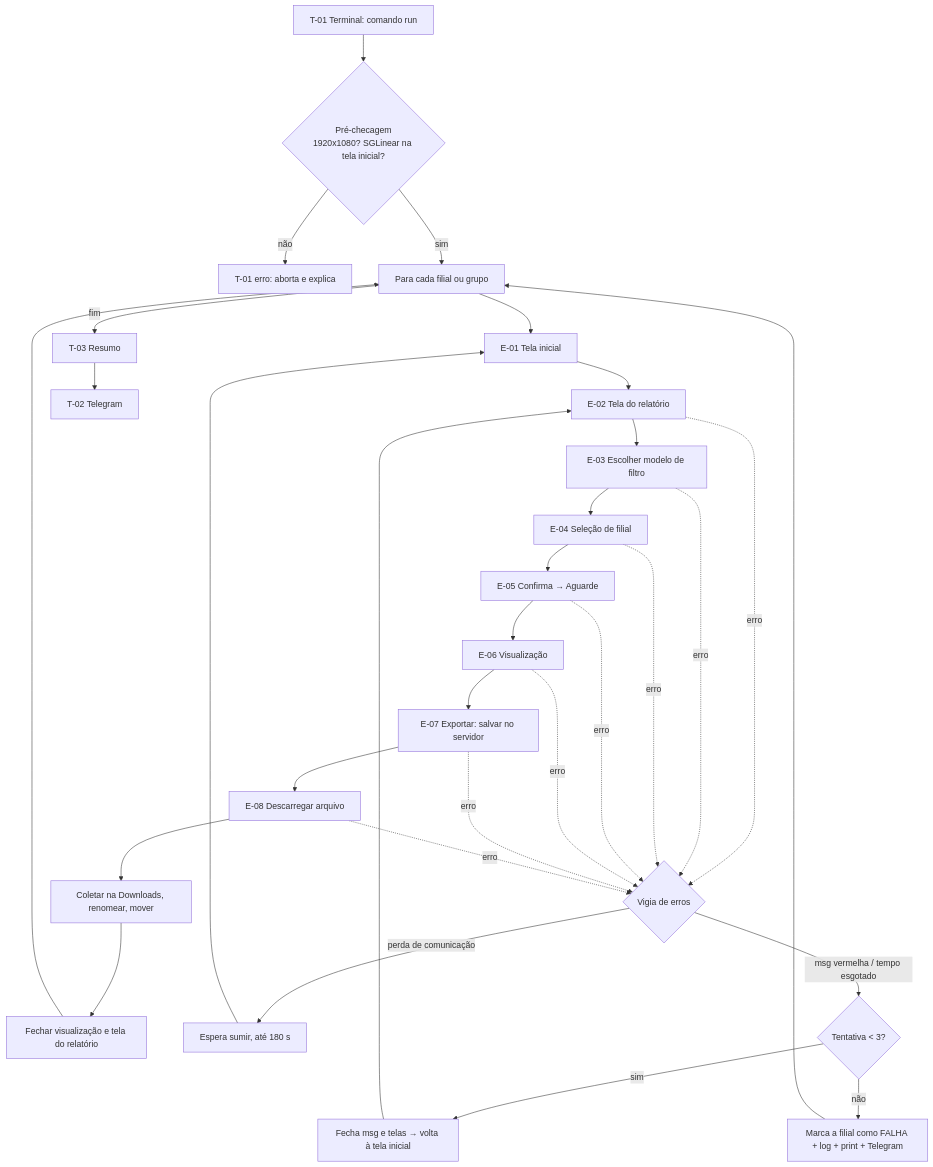
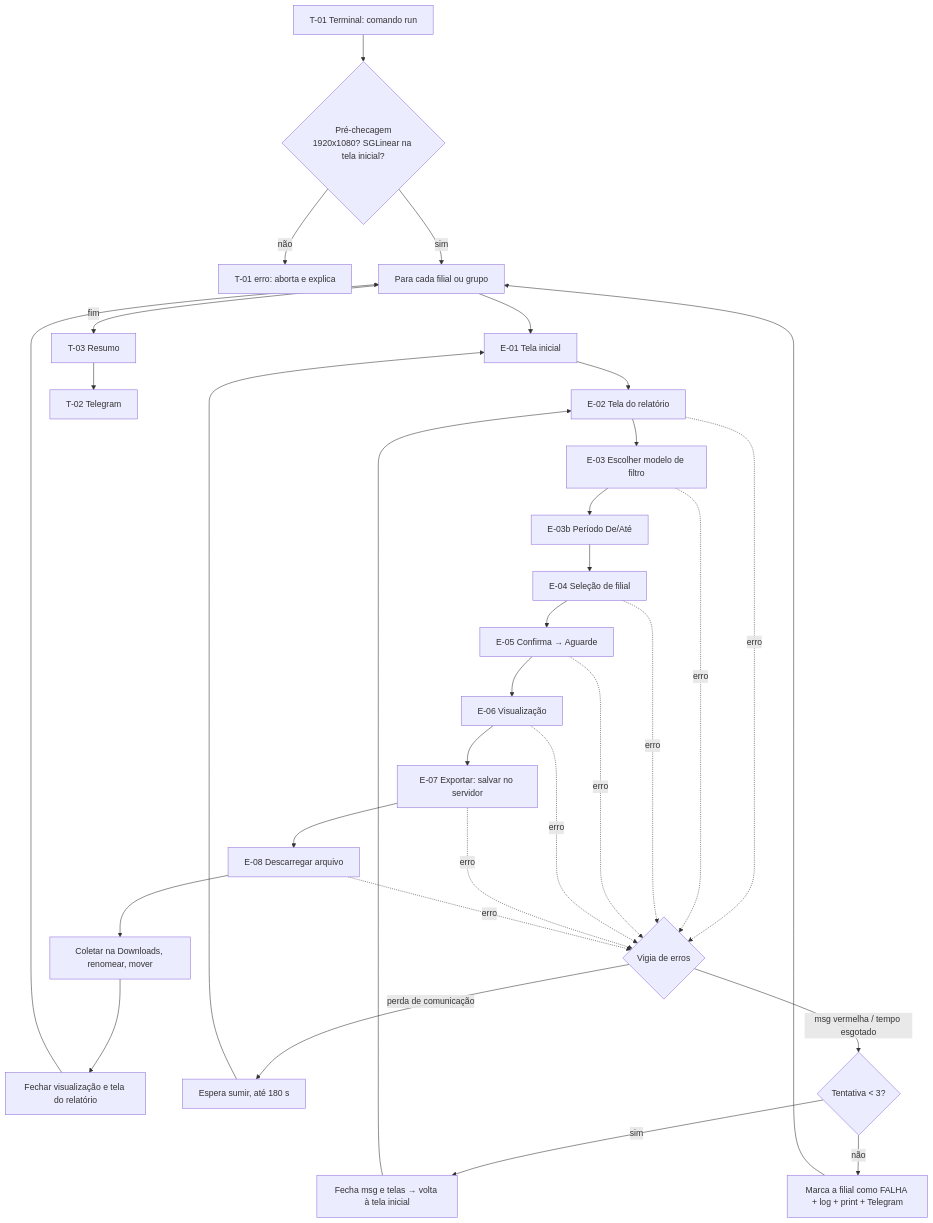
Before and after one commit to G-Mitter/automacoes-Linear: the diagram in docs/03-FLUXO.md, drawn with Mermaid. The commit also changed other lines of this file and 3 other files, not shown here.

Commit message:
Docs: período De/Até, grupos de filiais, modo por grupo e formato ambos (aguardando aprovação)

````diff
--- a/docs/03-FLUXO.md
+++ b/docs/03-FLUXO.md
@@ -18,21 +18,22 @@
 ```mermaid
 flowchart TD
     T01[T-01 Terminal: comando run] --> PRE{Pré-checagem<br>1920x1080? SGLinear na tela inicial?}
     PRE -- não --> T01E[T-01 erro: aborta e explica]
     PRE -- sim --> LOOP[Para cada filial ou grupo]
     LOOP --> E01[E-01 Tela inicial] --> E02[E-02 Tela do relatório]
     E02 --> E03[E-03 Escolher modelo de filtro]
-    E03 --> E04[E-04 Seleção de filial]
+    E03 --> E03B[E-03b Período De/Até]
+    E03B --> E04[E-04 Seleção de filial]
     E04 --> E05[E-05 Confirma → Aguarde]
     E05 --> E06[E-06 Visualização]
     E06 --> E07[E-07 Exportar: salvar no servidor]
     E07 --> E08[E-08 Descarregar arquivo]
     E08 --> ORG[Coletar na Downloads, renomear, mover]
     ORG --> FECHA[Fechar visualização e tela do relatório] --> LOOP
     LOOP -- fim --> T03[T-03 Resumo] --> T02[T-02 Telegram]
     E02 & E03 & E04 & E05 & E06 & E07 & E08 -. erro .-> ERR{Vigia de erros}
     ERR -- perda de comunicação --> ESPERA[Espera sumir, até 180 s] --> E01
     ERR -- msg vermelha / tempo esgotado --> RET{Tentativa < 3?}
     RET -- sim --> FECHAR[Fecha msg e telas → volta à tela inicial] --> E02
     RET -- não --> FALHA[Marca a filial como FALHA + log + print + Telegram] --> LOOP
 ```
````
